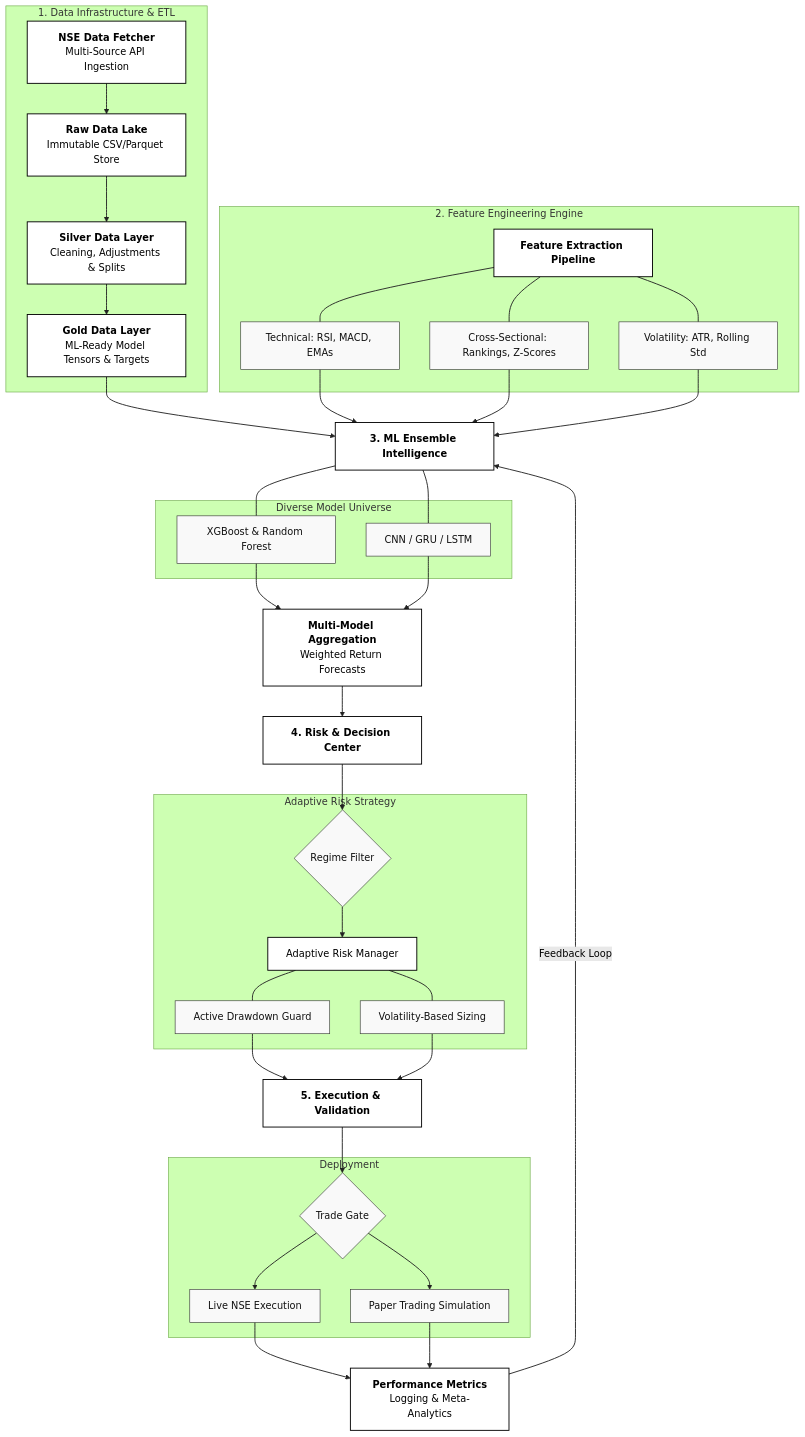
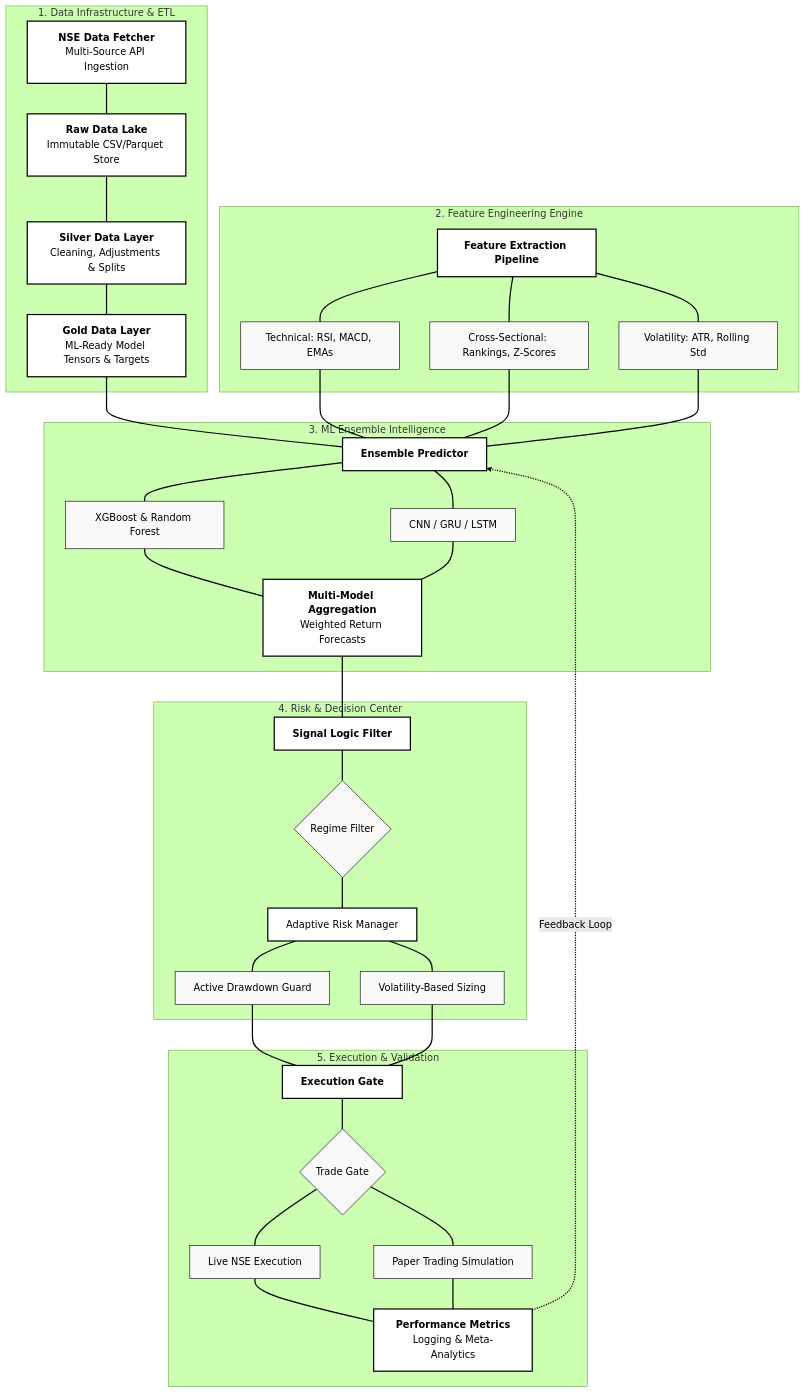
The diagram in README.md (N0AHZACH/Quant_Engine), drawn with Mermaid (forest theme) before and after one commit.

Commit message:
Final Overhaul: High-contrast flowchart (2px stroke) and explicit rendering for perfect visibility

````diff
--- a/README.md
+++ b/README.md
@@ -25,14 +25,20 @@
 ```mermaid
-graph TD
+flowchart TD
     %% Global Style Definitions
-    classDef mainNode fill:#ffffff,stroke:#000000,stroke-width:1.5px,color:#000000;
-    classDef internalNode fill:#f9f9f9,stroke:#333333,stroke-width:1px,color:#111111;
+    classDef mainNode fill:#FFFFFF,stroke:#000000,stroke-width:2px,color:#000000;
+    classDef internalNode fill:#F9F9F9,stroke:#000000,stroke-width:1px,color:#000000;
+    classDef labelNode fill:none,stroke:none,color:#000000,font-weight:bold;
 
     %% 1. Data Infrastructure (Lake Architecture)
     subgraph Data_Lake [1. Data Infrastructure & ETL]
-        A[<b>NSE Data Fetcher</b><br/>Multi-Source API Ingestion] --> B[<b>Raw Data Lake</b><br/>Immutable CSV/Parquet Store]
-        B --> C[<b>Silver Data Layer</b><br/>Cleaning, Adjustments & Splits]
-        C --> D[<b>Gold Data Layer</b><br/>ML-Ready Model Tensors & Targets]
+        A[<b>NSE Data Fetcher</b><br/>Multi-Source API Ingestion]
+        B[<b>Raw Data Lake</b><br/>Immutable CSV/Parquet Store]
+        C[<b>Silver Data Layer</b><br/>Cleaning, Adjustments & Splits]
+        D[<b>Gold Data Layer</b><br/>ML-Ready Model Tensors & Targets]
+        
+        A --- B
+        B --- C
+        C --- D
     end
     class A,B,C,D mainNode;
 
@@ -42,6 +48,7 @@
         E1[Technical: RSI, MACD, EMAs]
         E2[Cross-Sectional: Rankings, Z-Scores]
         E3[Volatility: ATR, Rolling Std]
+        
         E --- E1
         E --- E2
         E --- E3
@@ -50,47 +57,63 @@
     class E1,E2,E3 internalNode;
 
     %% 3. Intelligence Engine
-    D & E1 & E2 & E3 --> F[<b>3. ML Ensemble Intelligence</b>]
-    subgraph Model_Mix [Diverse Model Universe]
+    D --- F
+    E1 --- F
+    E2 --- F
+    E3 --- F
+    subgraph Intelligence_Engine [3. ML Ensemble Intelligence]
+        F[<b>Ensemble Predictor</b>]
         F1[XGBoost & Random Forest]
         F2[CNN / GRU / LSTM]
+        G[<b>Multi-Model Aggregation</b><br/>Weighted Return Forecasts]
+        
+        F --- F1
+        F --- F2
+        F1 --- G
+        F2 --- G
     end
-    F --- F1
-    F --- F2
-    F1 & F2 --> G[<b>Multi-Model Aggregation</b><br/>Weighted Return Forecasts]
     class F,G mainNode;
     class F1,F2 internalNode;
 
     %% 4. Risk & Decision Center
-    G --> H[<b>4. Risk & Decision Center</b>]
-    subgraph Risk_Controls [Adaptive Risk Strategy]
+    G --- H
+    subgraph Risk_Decision [4. Risk & Decision Center]
+        H[<b>Signal Logic Filter</b>]
         H1{Regime Filter}
         H2[Adaptive Risk Manager]
         H3[Active Drawdown Guard]
         H4[Volatility-Based Sizing]
+        
+        H --- H1
+        H1 --- H2
+        H2 --- H3
+        H2 --- H4
     end
-    H --> H1
-    H1 --> H2
-    H2 --- H3
-    H2 --- H4
     class H,H2 mainNode;
     class H1,H3,H4 internalNode;
 
     %% 5. Execution & Feedback
-    H3 & H4 --> I[<b>5. Execution & Validation</b>]
-    subgraph Execution_Path [Deployment]
+    H3 --- I
+    H4 --- I
+    subgraph Execution_Feedback [5. Execution & Validation]
+        I[<b>Execution Gate</b>]
         I1{Trade Gate}
         I2[Live NSE Execution]
         I3[Paper Trading Simulation]
+        J[<b>Performance Metrics</b><br/>Logging & Meta-Analytics]
+        
+        I --- I1
+        I1 --- I2
+        I1 --- I3
+        I2 --- J
+        I3 --- J
     end
-    I --> I1
-    I1 --> I2
-    I1 --> I3
-    I2 & I3 --> J[<b>Performance Metrics</b><br/>Logging & Meta-Analytics]
-    J -->|Feedback Loop| F
     class I,J mainNode;
     class I1,I2,I3 internalNode;
 
+    %% Global Feedback loop
+    J -.->|Feedback Loop| F
+
     %% Connector Styling - High Visibility
-    linkStyle default stroke:#222,stroke-width:1.5px;
+    linkStyle default stroke:#000000,stroke-width:2px;
 ```
````
